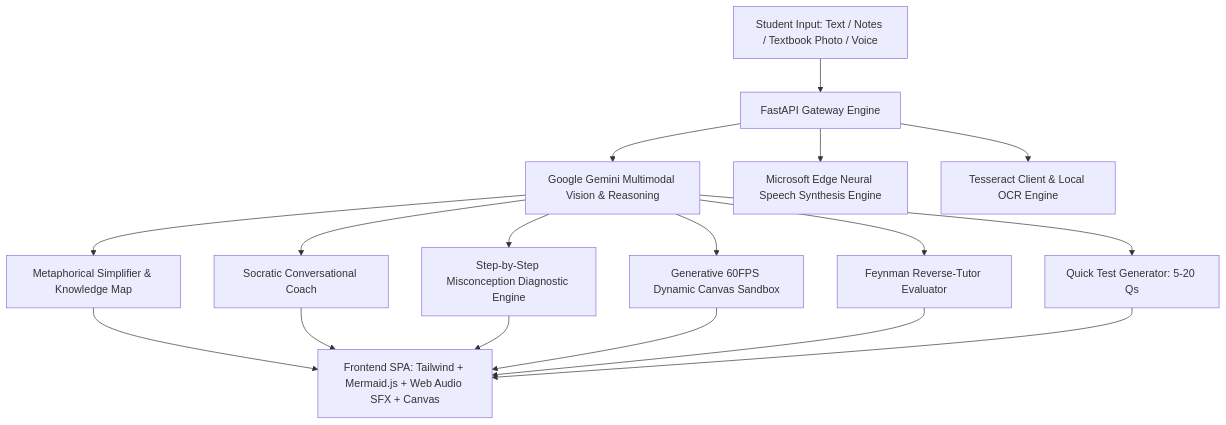
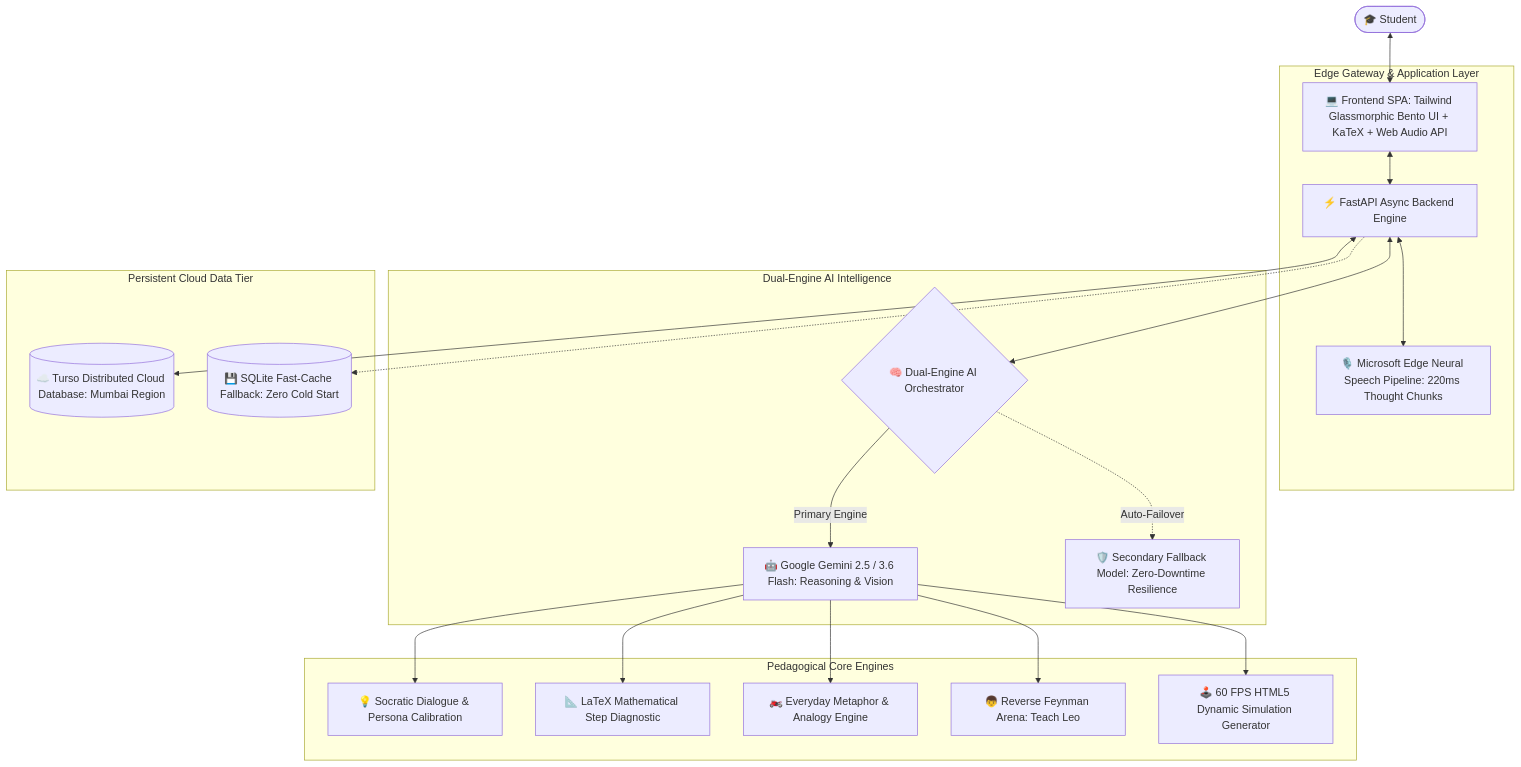
Before and after one commit to prakhardhakad1/clearmind-pro: the diagram in README.md, drawn with Mermaid. The commit also changed other lines of this file and 1 other file, not shown here.

````diff
--- a/README.md
+++ b/README.md
@@ -24,22 +43,28 @@
 ```mermaid
 graph TD
-    A[Student Input: Text / Notes / Textbook Photo / Voice] --> B[FastAPI Gateway Engine]
+    User([🎓 Student]) <--> Client[💻 Frontend SPA: Tailwind Glassmorphic Bento UI + KaTeX + Web Audio API]
     
-    B --> C[Google Gemini Multimodal Vision & Reasoning]
-    B --> D[Microsoft Edge Neural Speech Synthesis Engine]
-    B --> E[Tesseract Client & Local OCR Engine]
-    
-    C --> F1[Metaphorical Simplifier & Knowledge Map]
-    C --> F2[Socratic Conversational Coach]
-    C --> F3[Step-by-Step Misconception Diagnostic Engine]
-    C --> F4[Generative 60FPS Dynamic Canvas Sandbox]
-    C --> F5[Feynman Reverse-Tutor Evaluator]
-    C --> F6[Quick Test Generator: 5-20 Qs]
+    subgraph "Edge Gateway & Application Layer"
+        Client <--> FastAPI[⚡ FastAPI Async Backend Engine]
+        FastAPI <--> TTS[🎙️ Microsoft Edge Neural Speech Pipeline: 220ms Thought Chunks]
+    end
 
-    F1 --> G[Frontend SPA: Tailwind + Mermaid.js + Web Audio SFX + Canvas]
-    F2 --> G
-    F3 --> G
-    F4 --> G
-    F5 --> G
-    F6 --> G
+    subgraph "Dual-Engine AI Intelligence"
+        FastAPI <--> DualAI{🧠 Dual-Engine AI Orchestrator}
+        DualAI -->|Primary Engine| Gemini[🤖 Google Gemini 2.5 / 3.6 Flash: Reasoning & Vision]
+        DualAI -.->|Auto-Failover| GLM[🛡️ Secondary Fallback Model: Zero-Downtime Resilience]
+    end
+
+    subgraph "Persistent Cloud Data Tier"
+        FastAPI <--> Turso[(☁️ Turso Distributed Cloud Database: Mumbai Region)]
+        FastAPI -.-> LocalDB[(💾 SQLite Fast-Cache Fallback: Zero Cold Start)]
+    end
+
+    subgraph "Pedagogical Core Engines"
+        Gemini --> Socratic[💡 Socratic Dialogue & Persona Calibration]
+        Gemini --> MathDiag[📐 LaTeX Mathematical Step Diagnostic]
+        Gemini --> Analogy[🏍️ Everyday Metaphor & Analogy Engine]
+        Gemini --> Feynman[👦 Reverse Feynman Arena: Teach Leo]
+        Gemini --> SimGen[🕹️ 60 FPS HTML5 Dynamic Simulation Generator]
+    end
 ```
````
